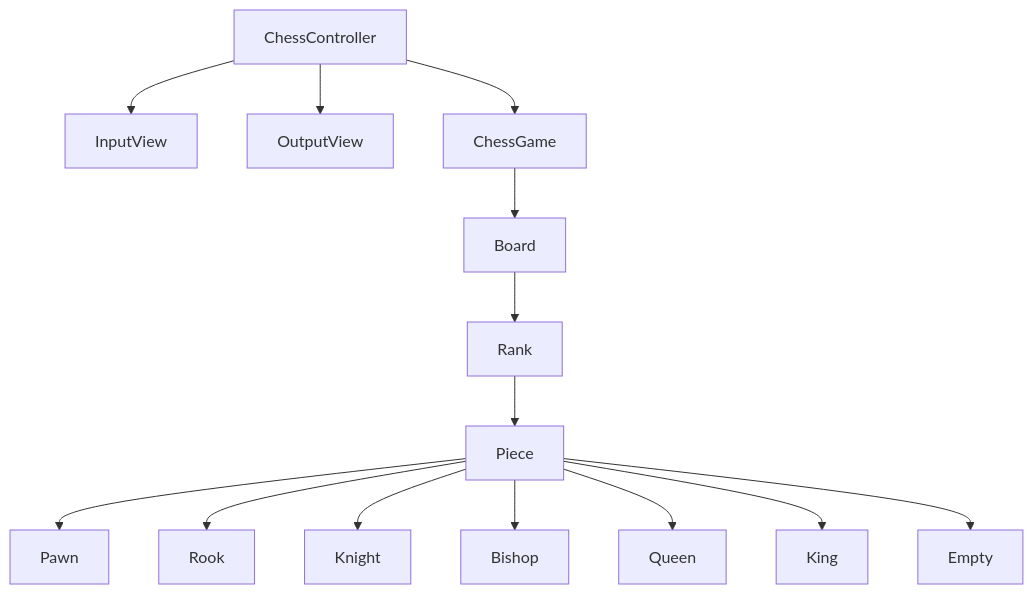
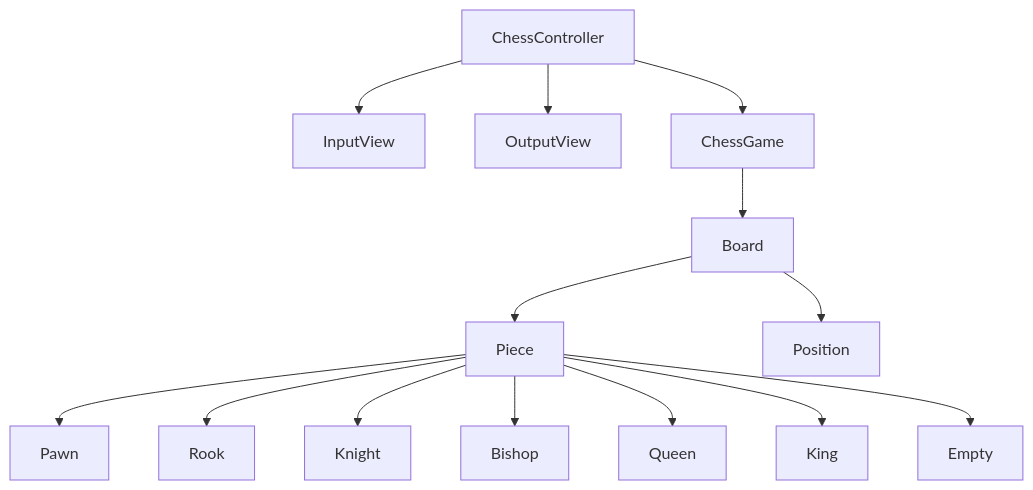
Before and after one commit to woowacourse/java-chess: the diagram in README.md, drawn with Mermaid. The commit also changed other lines of this file, not shown here.

Commit message:
docs: 기능 구현 목록 수정

````diff
--- a/README.md
+++ b/README.md
@@ -11,20 +11,19 @@
 ```mermaid
 graph TD
     ChessController --> InputView
     ChessController --> OutputView
     ChessController --> ChessGame
     
     ChessGame --> Board
 
-    Board --> Rank
-    
-    Rank --> Piece
-    
+    Board --> Piece
+    Board --> Position
+  
     Piece --> Pawn
     Piece --> Rook
     Piece --> Knight
     Piece --> Bishop
     Piece --> Queen
     Piece --> King
     Piece --> Empty
 ```
````
